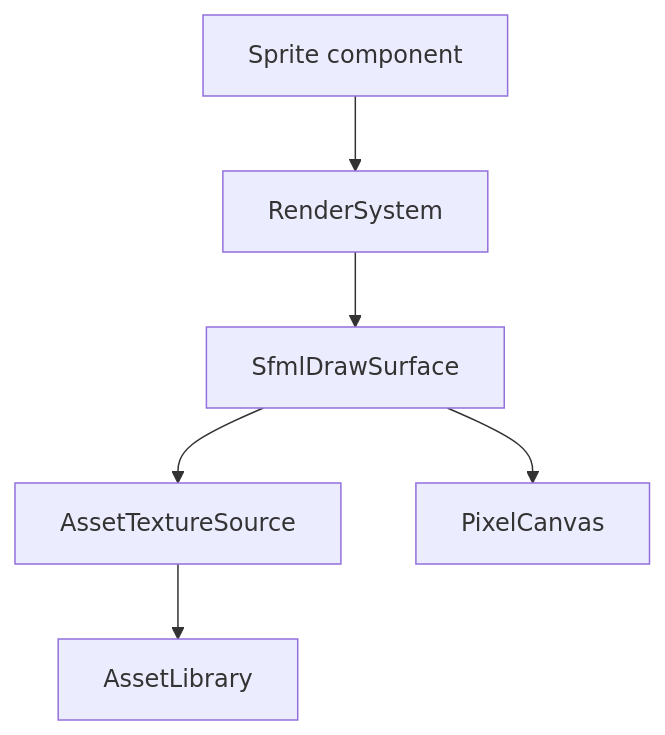
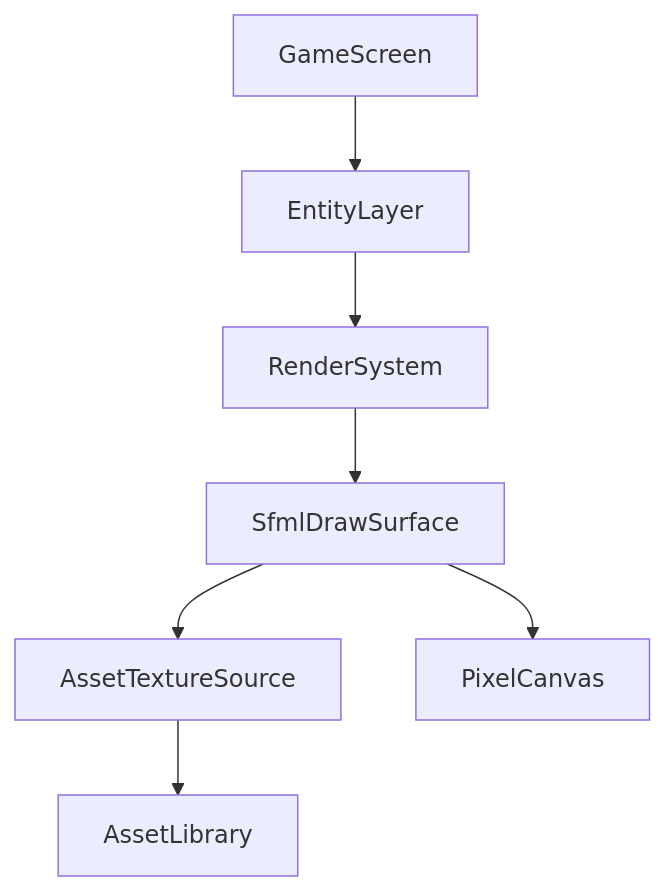
One commit to nique-epi/R-Type changed the second of 2 diagrams in docs/src/content/docs/client.md. Above: the diagram before and after it, drawn with Mermaid. The commit also changed other lines of this file and 2 other files, not shown here.

First line of the commit message:
docs: describe the entity layer of the game screen

````diff
--- a/docs/src/content/docs/client.md
+++ b/docs/src/content/docs/client.md
@@ -83,10 +86,11 @@
 ```mermaid
 flowchart TB
-  accTitle: From an entity to the screen
-  accDescr: The Sprite component of an entity names an asset id and a rectangle. RenderSystem passes them to SfmlDrawSurface, which finds the texture through AssetTextureSource, reading the asset library, and paints the rectangle on the entity canvas, laid over the sky.
-  Entity["Sprite component"] --> Render[RenderSystem]
+  accTitle: From the game screen to the screen
+  accDescr: The game screen asks its entity layer to paint its entities. The layer runs RenderSystem, which passes each sprite to SfmlDrawSurface; the surface finds the texture through AssetTextureSource, reading the asset library, and paints the rectangle on the pixel canvas, which the layer lays over the sky.
+  Game[GameScreen] --> Layer[EntityLayer]
+  Layer --> Render[RenderSystem]
   Render --> Surface[SfmlDrawSurface]
   Surface --> Source[AssetTextureSource]
   Source --> Library[AssetLibrary]
   Surface --> Canvas[PixelCanvas]
 ```
````
